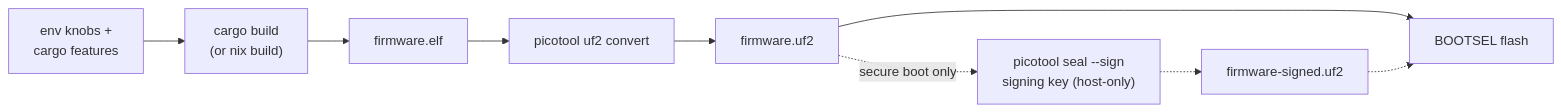
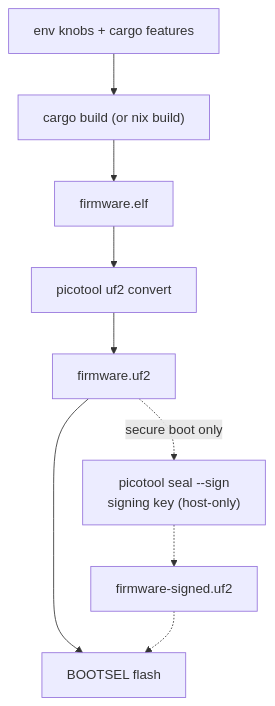
Before and after one commit to librekeys/RS-Key: the first of 2 diagrams in docs/build.md, drawn with Mermaid. The commit also changed other lines of this file and 7 other files, not shown here.

First line of the commit message:
docs: make the Mermaid diagrams readable on the site

````diff
--- a/docs/build.md
+++ b/docs/build.md
@@ -13,11 +13,11 @@
 ```mermaid
-flowchart LR
-    knobs["env knobs +<br/>cargo features"] --> build["cargo build<br/>(or nix build)"]
+flowchart TD
+    knobs["env knobs + cargo features"] --> build["cargo build (or nix build)"]
     build --> elf["firmware.elf"]
     elf --> conv["picotool uf2 convert"]
     conv --> uf2["firmware.uf2"]
     uf2 --> flash["BOOTSEL flash"]
     uf2 -. "secure boot only" .-> seal["picotool seal --sign<br/>signing key (host-only)"]
     seal -.-> signed["firmware-signed.uf2"]
     signed -.-> flash
 ```
````
